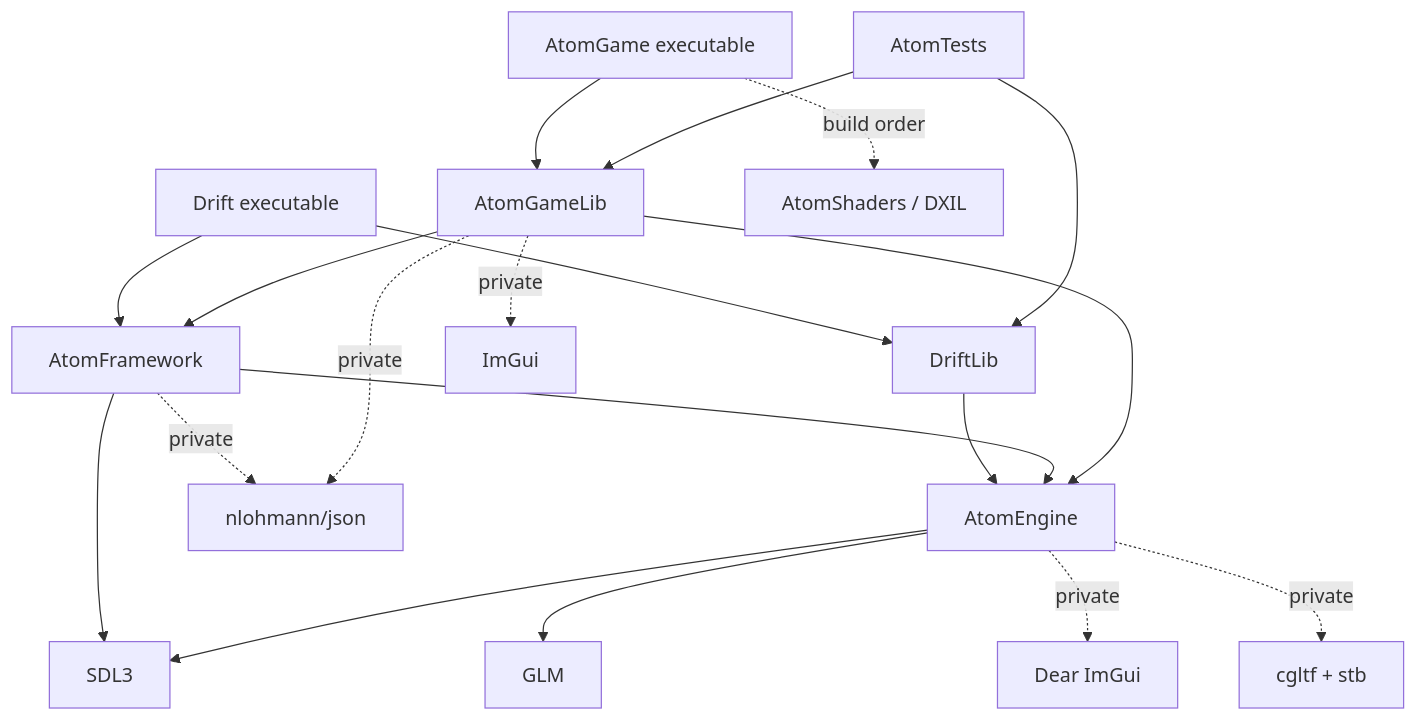
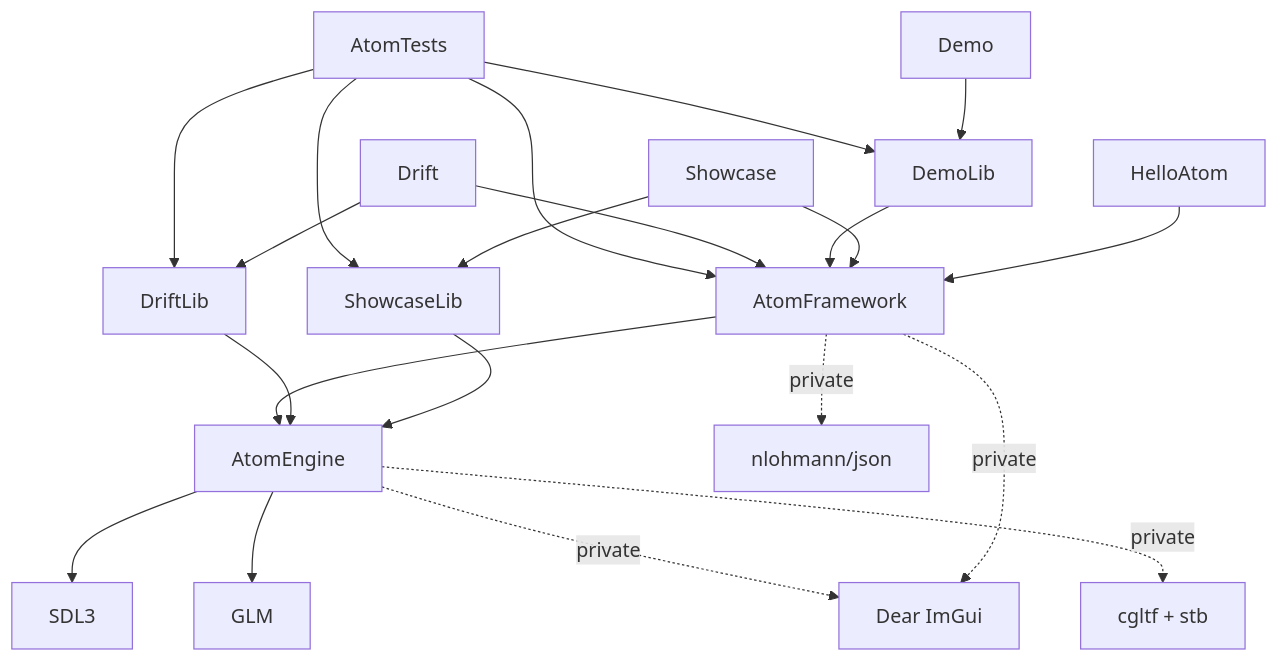
One commit to fgdoliveira/AtomEngine changed the first of 6 diagrams in docs/Architecture.md. Above: the diagram before and after it, drawn with Mermaid. The commit also changed other lines of this file and 409 other files, not shown here.

````diff
--- a/docs/Architecture.md
+++ b/docs/Architecture.md
@@ -19,21 +22,20 @@
 ```mermaid
 graph TD
-    Exe[AtomGame executable] --> Game[AtomGameLib]
-    Tests[AtomTests] --> Game
-    DriftExe[Drift executable] --> DriftLib[DriftLib]
-    DriftExe --> Framework
+    Showcase[Showcase] --> ShowcaseLib
+    Demo[Demo] --> DemoLib
+    Drift[Drift] --> DriftLib
+    Hello[HelloAtom] --> Framework
+    Showcase --> Framework
+    DemoLib --> Framework
+    Drift --> Framework
+    ShowcaseLib --> Engine
     DriftLib --> Engine
-    Tests --> DriftLib
-    Framework --> Engine
-    Game --> Engine[AtomEngine]
-    Game --> Framework[AtomFramework]
-    Framework --> SDL
-    Framework -.->|private| JSON
-    Game -.->|private| JSON[nlohmann/json]
-    Game -.->|private| ImGui
+    Framework[AtomFramework] --> Engine[AtomEngine]
+    Tests[AtomTests] --> DemoLib & DriftLib & ShowcaseLib & Framework
+    Framework -.->|private| JSON[nlohmann/json]
+    Framework -.->|private| ImGui[Dear ImGui]
     Engine --> SDL[SDL3]
     Engine --> GLM
-    Engine -.->|private| ImGuiE[Dear ImGui]
+    Engine -.->|private| ImGui
     Engine -.->|private| CGLTF[cgltf + stb]
-    Exe -.->|build order| Shaders[AtomShaders / DXIL]
 ```
````
